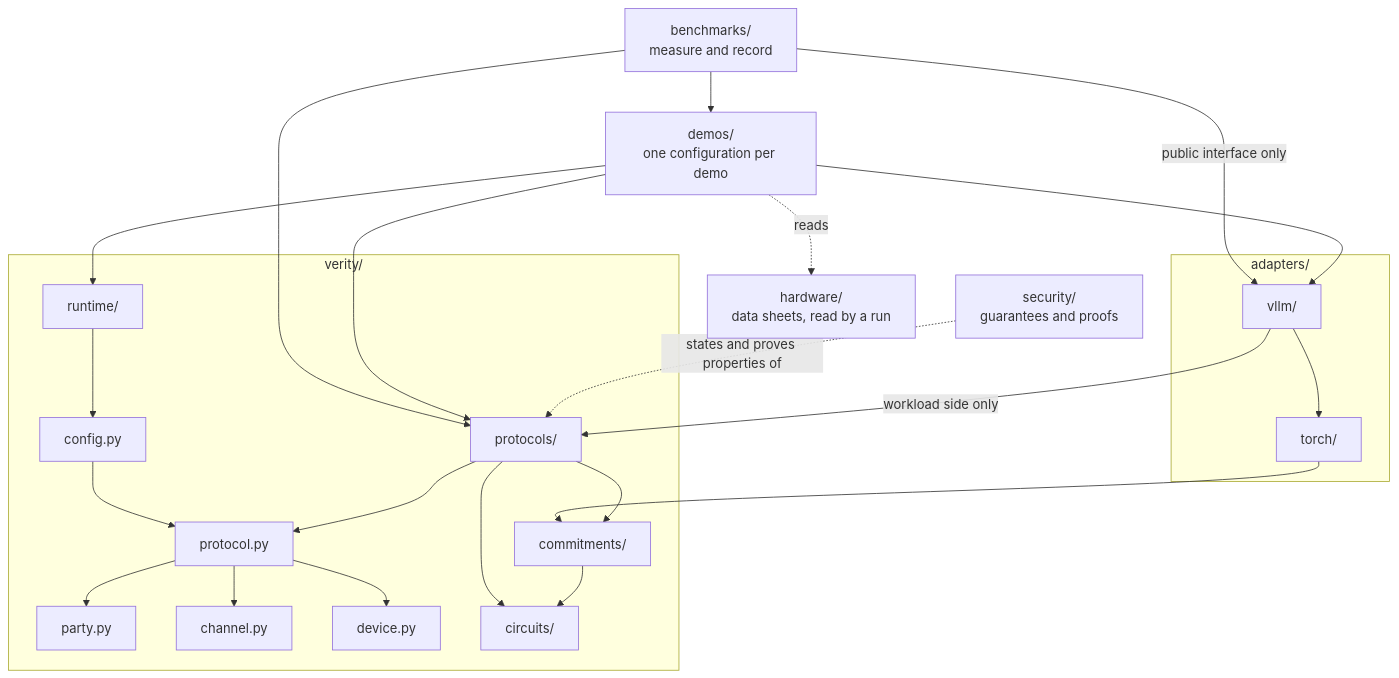
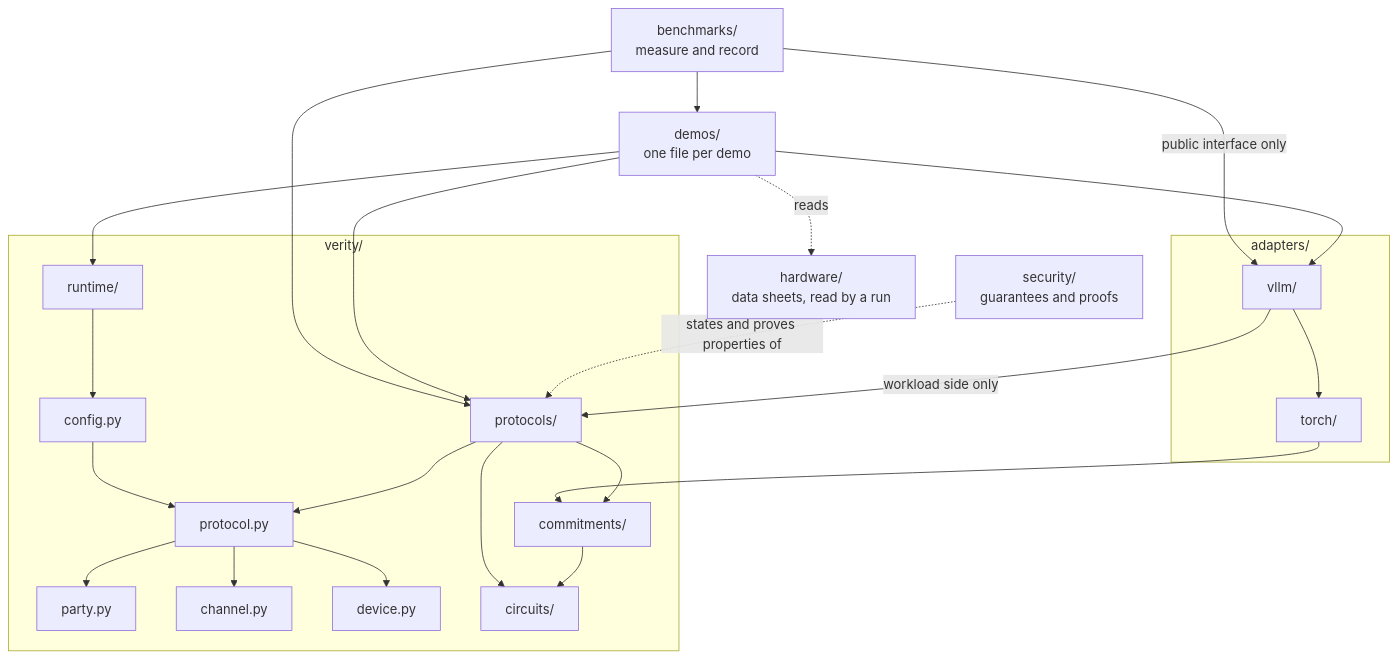
The third of 5 diagrams in ARCHITECTURE.md (compute-verification/verity), drawn with Mermaid before and after one commit. The commit also changed other lines of this file and 2 other files, not shown here.

First line of the commit message:
The tree of record takes three of Daniel's rulings it missed: demos are files, the FP4 variant is experimental, the platform leaves

````diff
--- a/ARCHITECTURE.md
+++ b/ARCHITECTURE.md
@@ -113,42 +113,42 @@
 ```mermaid
 flowchart TD
     bench["benchmarks/<br/>measure and record"]
-    demos["demos/<br/>one configuration per demo"]
+    demos["demos/<br/>one file per demo"]
     hw["hardware/<br/>data sheets, read by a run"]
     subgraph adapters["adapters/"]
         vllm["vllm/"]
         torch["torch/"]
     end
     subgraph verity["verity/"]
         runtime["runtime/"]
         config["config.py"]
         protocol["protocol.py"]
         party["party.py"]
         channel["channel.py"]
         device["device.py"]
         protocols["protocols/"]
         commitments["commitments/"]
         circuits["circuits/"]
     end
     security["security/<br/>guarantees and proofs"]
     bench --> demos
     bench --> protocols
     bench -- "public interface only" --> vllm
     demos --> runtime
     demos --> vllm
     demos --> protocols
     demos -. "reads" .-> hw
     vllm --> torch
     vllm -- "workload side only" --> protocols
     torch --> commitments
     runtime --> config
     config --> protocol
     protocol --> party
     protocol --> channel
     protocol --> device
     protocols --> protocol
     protocols --> commitments
     protocols --> circuits
     commitments --> circuits
     security -. "states and proves properties of" .-> protocols
 ```
````
